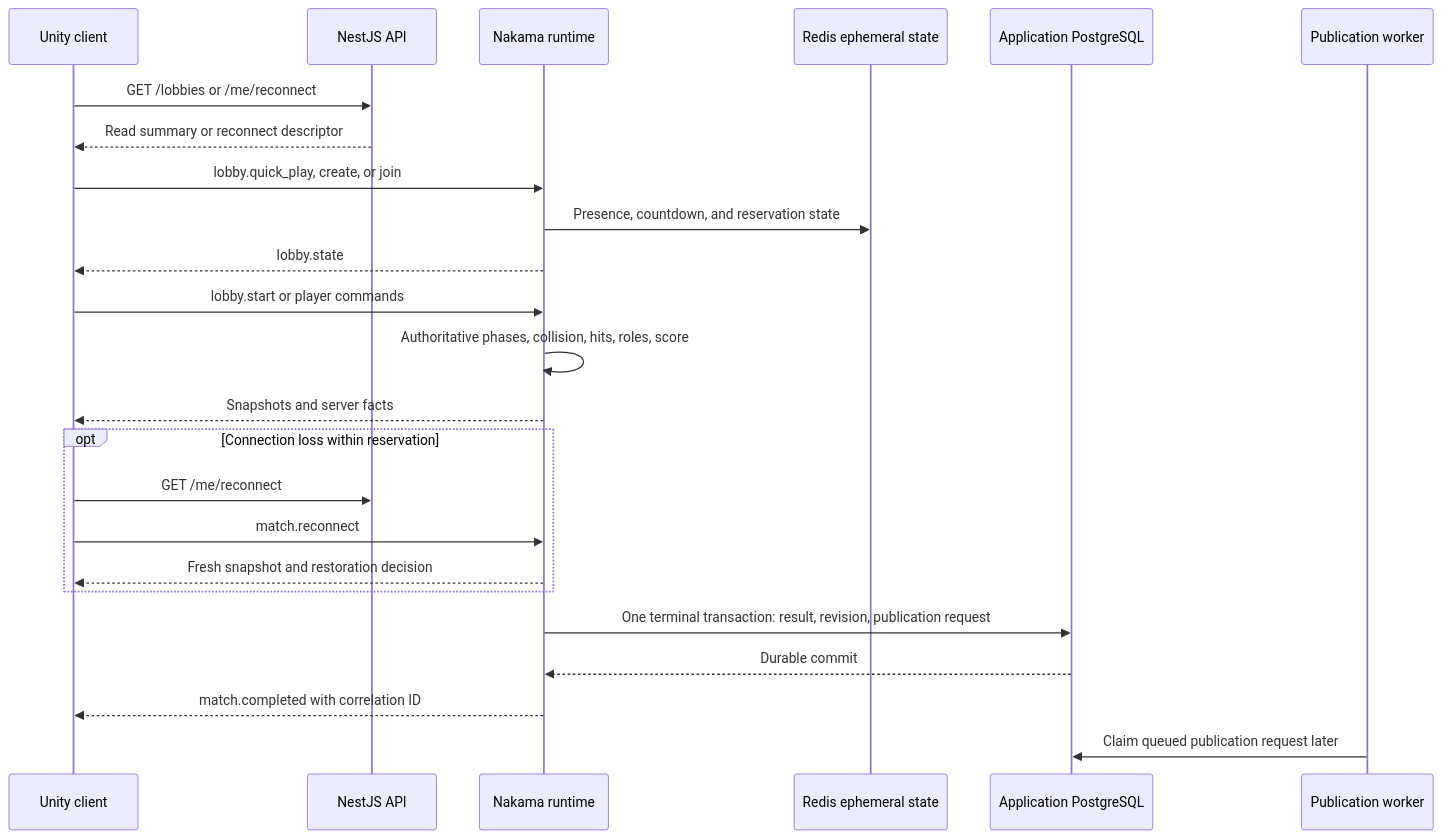
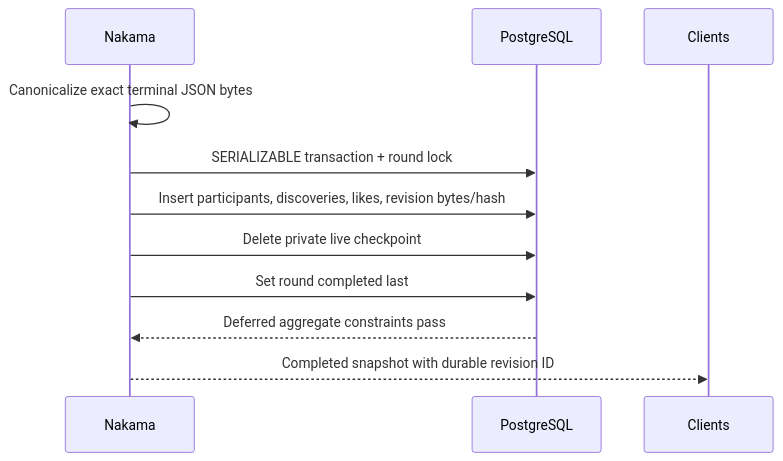
One commit to hdev-core/hive-chameleon changed the second of 2 diagrams in docs/technical-specification/architecture/architecture-and-api-design.md. Above: the diagram before and after it, drawn with Mermaid. The commit also changed other lines of this file and 18 other files, not shown here.

Commit message:
docs(m4): align architecture and local setup

````diff
--- a/docs/technical-specification/architecture/architecture-and-api-design.md
+++ b/docs/technical-specification/architecture/architecture-and-api-design.md
@@ -338,27 +96,13 @@
 ```mermaid
 sequenceDiagram
-    participant C as Unity client
-    participant A as NestJS API
-    participant N as Nakama runtime
-    participant R as Redis ephemeral state
-    participant D as Application PostgreSQL
-    participant W as Publication worker
-
-    C->>A: GET /lobbies or /me/reconnect
-    A-->>C: Read summary or reconnect descriptor
-    C->>N: lobby.quick_play, create, or join
-    N->>R: Presence, countdown, and reservation state
-    N-->>C: lobby.state
-    C->>N: lobby.start or player commands
-    N->>N: Authoritative phases, collision, hits, roles, score
-    N-->>C: Snapshots and server facts
-    opt Connection loss within reservation
-        C->>A: GET /me/reconnect
-        C->>N: match.reconnect
-        N-->>C: Fresh snapshot and restoration decision
-    end
-    N->>D: One terminal transaction: result, revision, publication request
-    D-->>N: Durable commit
-    N-->>C: match.completed with correlation ID
-    W->>D: Claim queued publication request later
+    participant N as Nakama
+    participant D as PostgreSQL
+    participant C as Clients
+    N->>N: Canonicalize exact terminal JSON bytes
+    N->>D: SERIALIZABLE transaction + round lock
+    N->>D: Insert participants, discoveries, likes, revision bytes/hash
+    N->>D: Delete private live checkpoint
+    N->>D: Set round completed last
+    D-->>N: Deferred aggregate constraints pass
+    N-->>C: Completed snapshot with durable revision ID
 ```
````
